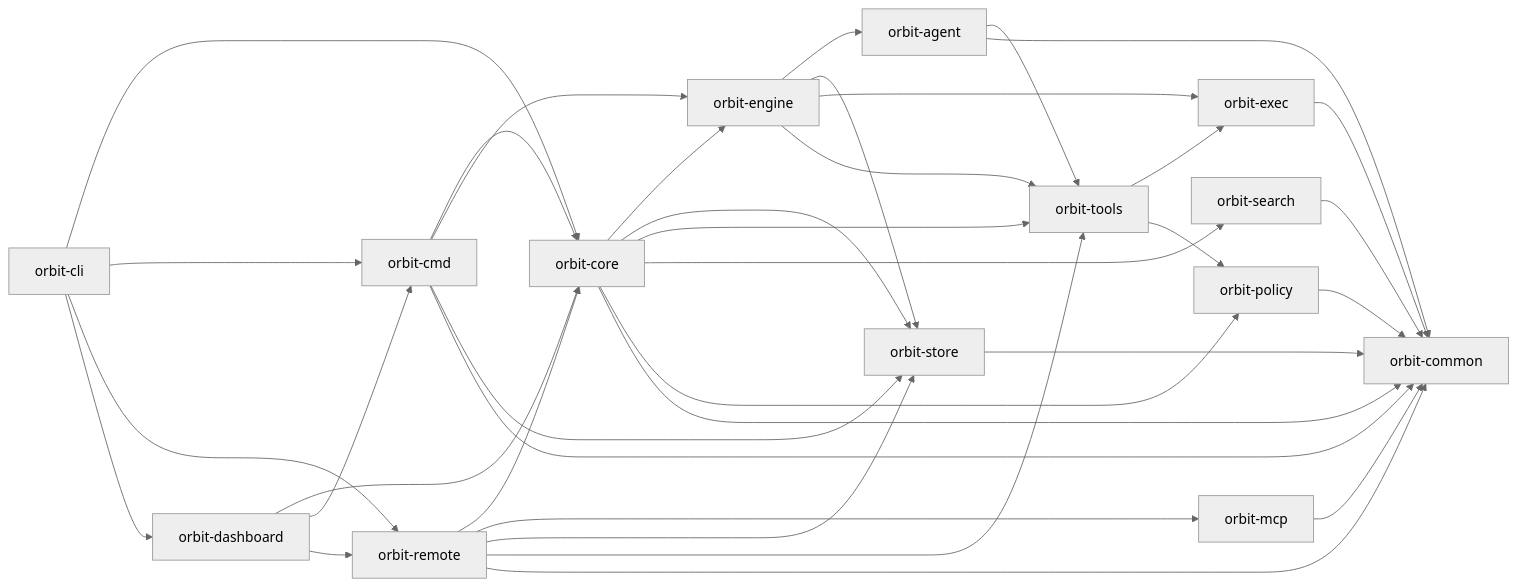
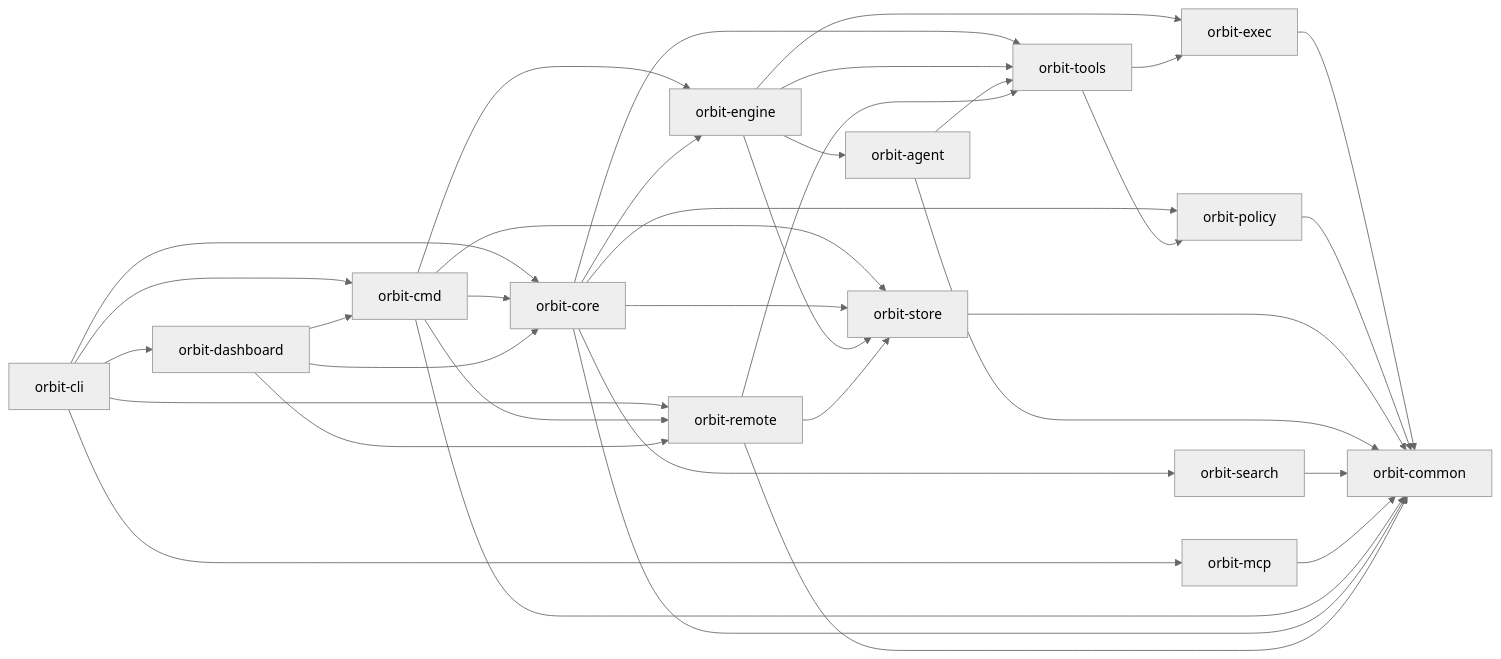
The diagram in ARCHITECTURE.md (danieljhkim/orbit), drawn with Mermaid (neutral theme) before and after one commit. The commit also changed other lines of this file and 1 other file, not shown here.

````diff
--- a/ARCHITECTURE.md
+++ b/ARCHITECTURE.md
@@ -5,38 +5,38 @@
 ```mermaid
 flowchart LR
   CLI["orbit-cli"] --> Core["orbit-core"]
   CLI --> Cmd["orbit-cmd"]
   CLI --> Remote["orbit-remote"]
+  CLI --> MCP["orbit-mcp"]
   CLI --> Dashboard["orbit-dashboard"]
   Cmd --> Core
   Cmd --> Engine
+  Cmd --> Remote
   Cmd --> Store
   Core --> Engine["orbit-engine"]
   Core --> Store["orbit-store"]
   Core --> Tools["orbit-tools"]
   Core --> Search["orbit-search"]
   Core --> Policy["orbit-policy"]
   Engine --> Agent["orbit-agent"]
   Engine --> Store
   Engine --> Exec["orbit-exec"]
   Engine --> Tools
   Agent --> Tools
   Tools --> Exec["orbit-exec"]
   Tools --> Policy
   Exec --> Common["orbit-common"]
   Policy --> Common
   Store --> Common
   Agent --> Common
   Search --> Common
   MCP --> Common
   Dashboard["orbit-dashboard"] --> Core
   Dashboard --> Cmd
   Cmd --> Common
   Core --> Common
-  Remote --> Core
-  Remote --> MCP["orbit-mcp"]
   Remote --> Store
   Remote --> Tools
   Remote --> Common
   Dashboard --> Remote
 ```
````
